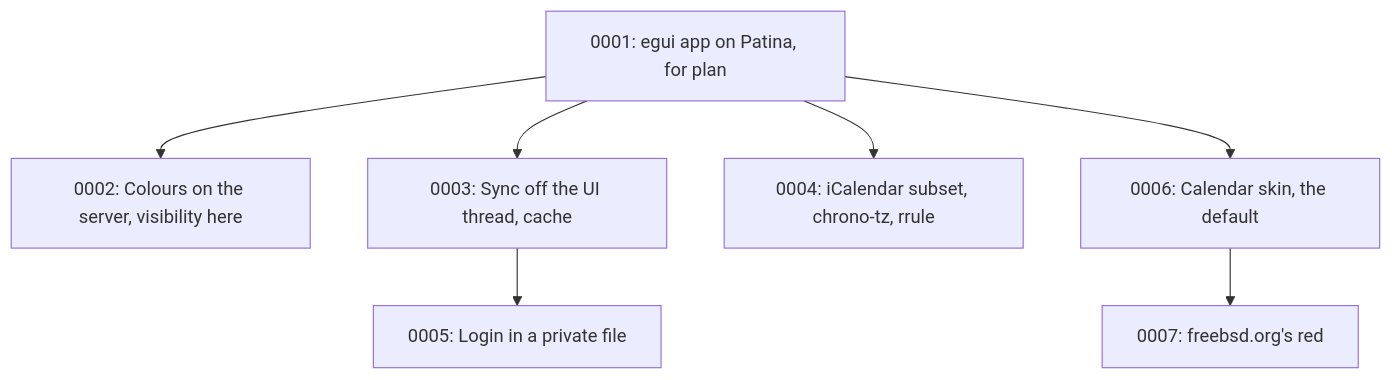
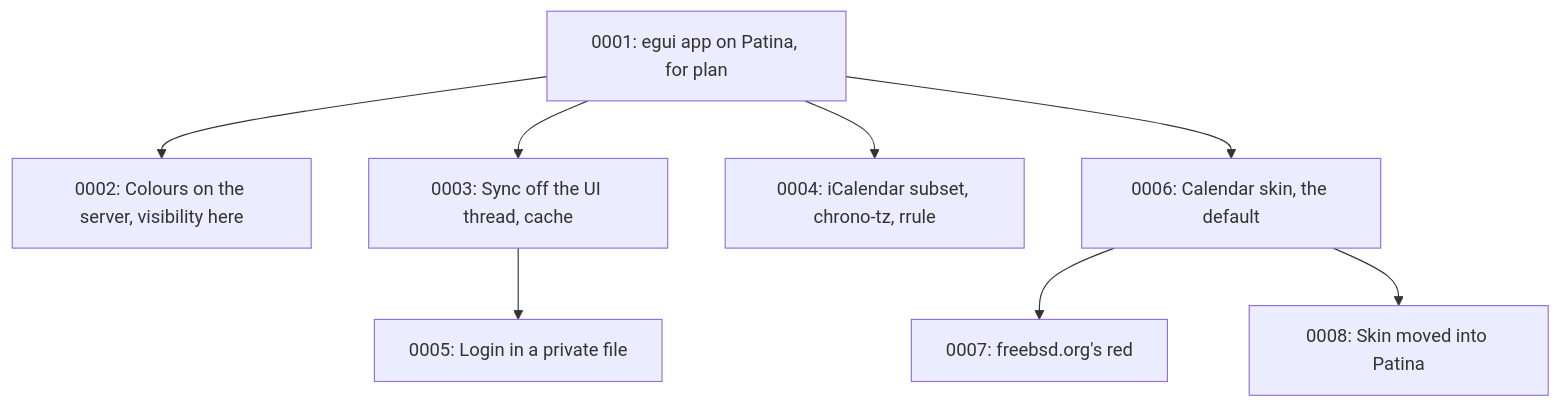
The diagram in calendar/docs/adr/README.md (Sector-F-Labs/patina-desktop), drawn with Mermaid before and after one commit. The commit also changed other lines of this file and 10 other files, not shown here.

First line of the commit message:
Use the skin built into patina-ui 0.1.2

````diff
--- a/calendar/docs/adr/README.md
+++ b/calendar/docs/adr/README.md
@@ -55,9 +56,10 @@
 ```mermaid
 flowchart TD
     A[0001: egui app on Patina, for plan] --> B[0002: Colours on the server, visibility here]
     A --> C[0003: Sync off the UI thread, cache]
     A --> D[0004: iCalendar subset, chrono-tz, rrule]
     C --> E[0005: Login in a private file]
     A --> F[0006: Calendar skin, the default]
     F --> G[0007: freebsd.org's red]
+    F --> H[0008: Skin moved into Patina]
 ```
````
